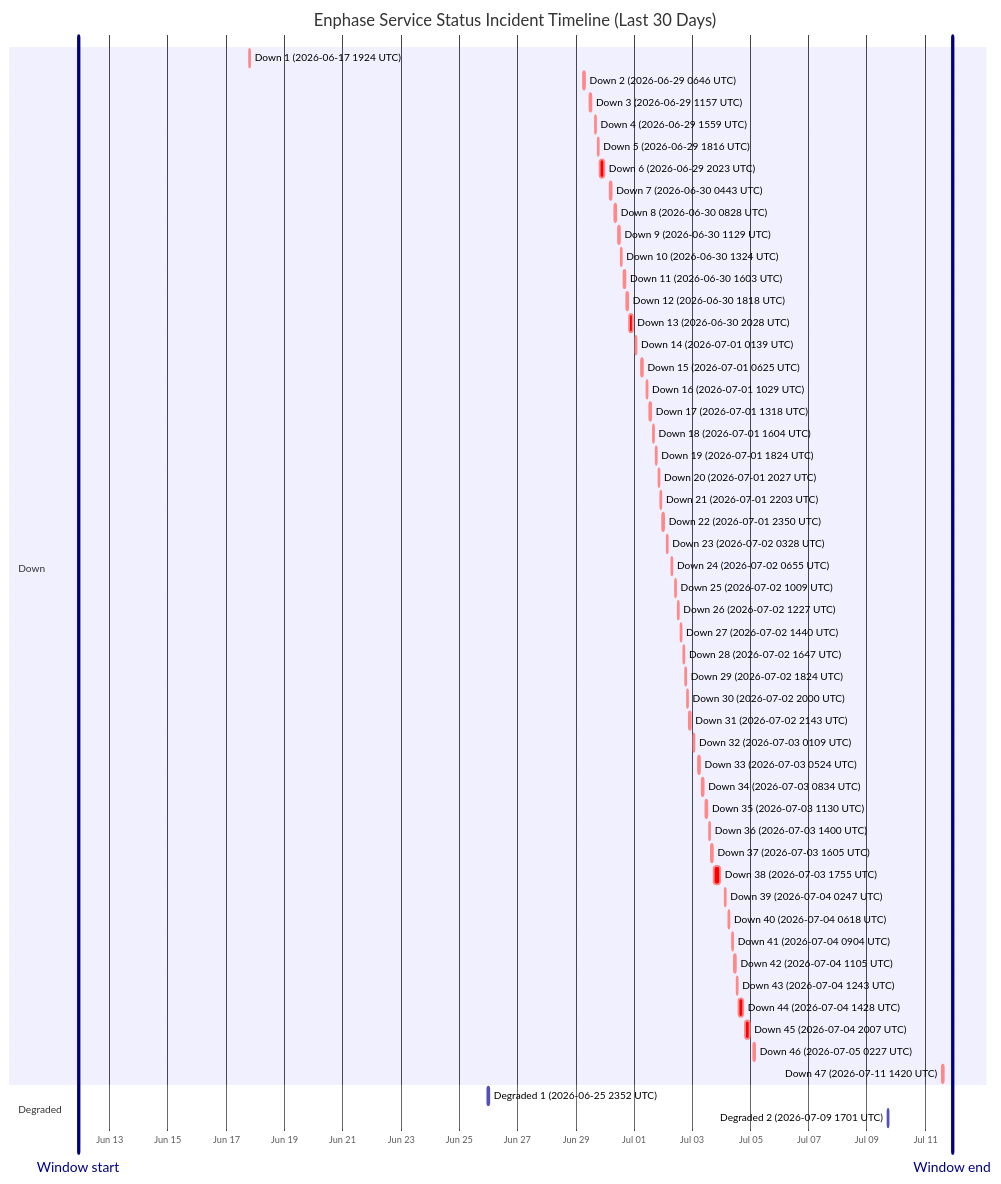
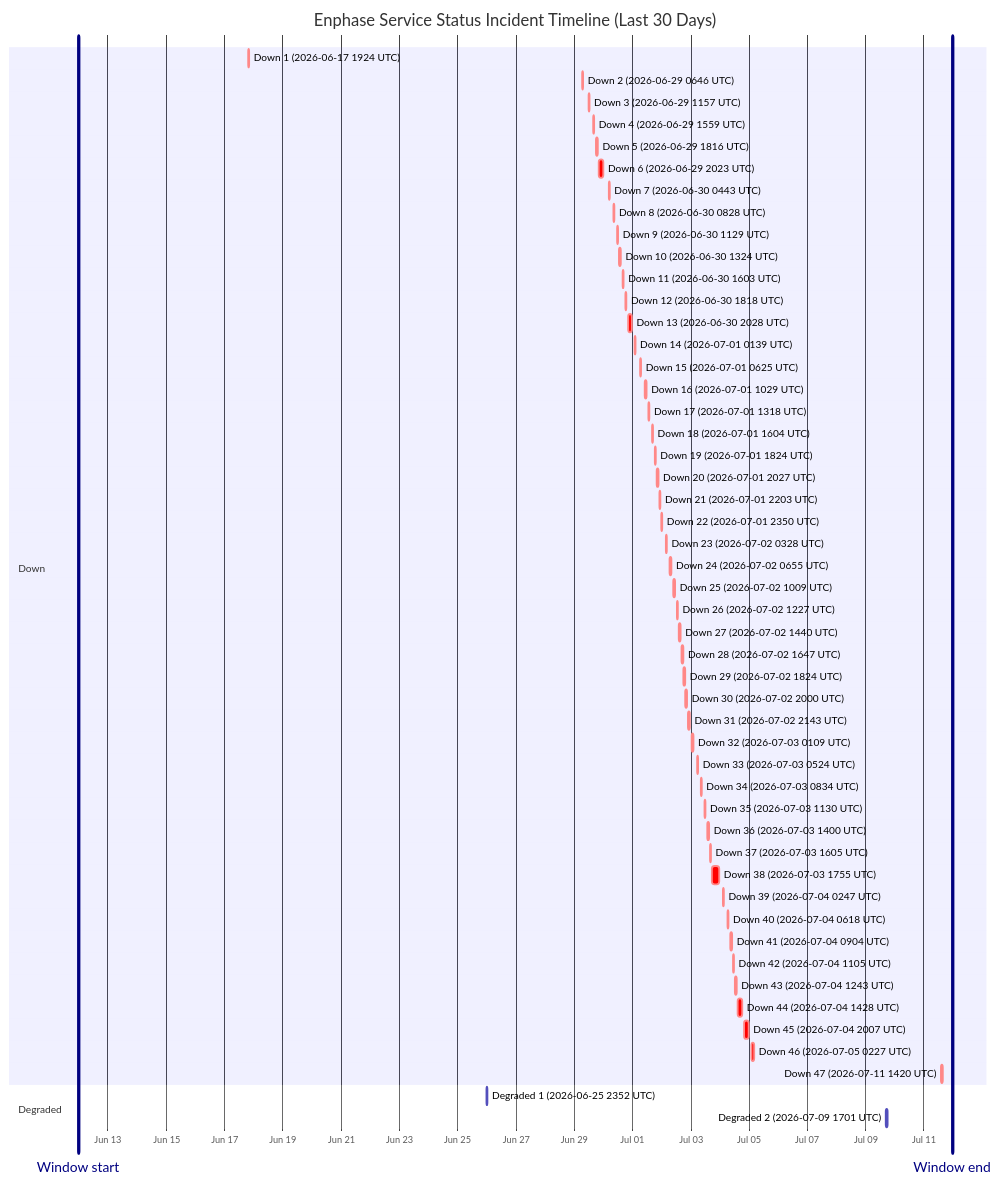
Before and after one commit to barneyonline/ha-enphase-energy: the diagram in wiki/Service-Status-History.md, drawn with Mermaid. The commit also changed other lines of this file and 3 other files, not shown here.

````diff
--- a/wiki/Service-Status-History.md
+++ b/wiki/Service-Status-History.md
@@ -14,59 +14,59 @@
 ```mermaid
 gantt
     title Enphase Service Status Incident Timeline (Last 30 Days)
     dateFormat  YYYY-MM-DDTHH:mm:ss
     axisFormat  %b %d
-    Window start :vert, window-start, 2026-06-11T22:20:55, 0ms
-    Window end :vert, window-end, 2026-07-11T22:20:55, 0ms
+    Window start :vert, window-start, 2026-06-11T23:25:55, 0ms
+    Window end :vert, window-end, 2026-07-11T23:25:55, 0ms
     section Down
     Down 1 (2026-06-17 1924 UTC) :crit, down-1, 2026-06-17T19:24:51, 60m
     Down 2 (2026-06-29 0646 UTC) :crit, down-2, 2026-06-29T06:46:18, 60m
     Down 3 (2026-06-29 1157 UTC) :crit, down-3, 2026-06-29T11:57:36, 60m
     Down 4 (2026-06-29 1559 UTC) :crit, down-4, 2026-06-29T15:59:02, 60m
     Down 5 (2026-06-29 1816 UTC) :crit, down-5, 2026-06-29T18:16:38, 60m
     Down 6 (2026-06-29 2023 UTC) :crit, down-6, 2026-06-29T20:23:16, 220m
     Down 7 (2026-06-30 0443 UTC) :crit, down-7, 2026-06-30T04:43:54, 60m
     Down 8 (2026-06-30 0828 UTC) :crit, down-8, 2026-06-30T08:28:43, 60m
     Down 9 (2026-06-30 1129 UTC) :crit, down-9, 2026-06-30T11:29:15, 60m
     Down 10 (2026-06-30 1324 UTC) :crit, down-10, 2026-06-30T13:24:25, 60m
     Down 11 (2026-06-30 1603 UTC) :crit, down-11, 2026-06-30T16:03:26, 60m
     Down 12 (2026-06-30 1818 UTC) :crit, down-12, 2026-06-30T18:18:39, 60m
     Down 13 (2026-06-30 2028 UTC) :crit, down-13, 2026-06-30T20:28:54, 171m
     Down 14 (2026-07-01 0139 UTC) :crit, down-14, 2026-07-01T01:39:18, 60m
     Down 15 (2026-07-01 0625 UTC) :crit, down-15, 2026-07-01T06:25:35, 60m
     Down 16 (2026-07-01 1029 UTC) :crit, down-16, 2026-07-01T10:29:24, 60m
     Down 17 (2026-07-01 1318 UTC) :crit, down-17, 2026-07-01T13:18:31, 60m
     Down 18 (2026-07-01 1604 UTC) :crit, down-18, 2026-07-01T16:04:29, 60m
     Down 19 (2026-07-01 1824 UTC) :crit, down-19, 2026-07-01T18:24:21, 60m
     Down 20 (2026-07-01 2027 UTC) :crit, down-20, 2026-07-01T20:27:17, 60m
     Down 21 (2026-07-01 2203 UTC) :crit, down-21, 2026-07-01T22:03:46, 60m
     Down 22 (2026-07-01 2350 UTC) :crit, down-22, 2026-07-01T23:50:52, 60m
     Down 23 (2026-07-02 0328 UTC) :crit, down-23, 2026-07-02T03:28:33, 60m
     Down 24 (2026-07-02 0655 UTC) :crit, down-24, 2026-07-02T06:55:07, 60m
     Down 25 (2026-07-02 1009 UTC) :crit, down-25, 2026-07-02T10:09:15, 60m
     Down 26 (2026-07-02 1227 UTC) :crit, down-26, 2026-07-02T12:27:49, 60m
     Down 27 (2026-07-02 1440 UTC) :crit, down-27, 2026-07-02T14:40:53, 60m
     Down 28 (2026-07-02 1647 UTC) :crit, down-28, 2026-07-02T16:47:47, 60m
     Down 29 (2026-07-02 1824 UTC) :crit, down-29, 2026-07-02T18:24:26, 60m
     Down 30 (2026-07-02 2000 UTC) :crit, down-30, 2026-07-02T20:00:57, 60m
     Down 31 (2026-07-02 2143 UTC) :crit, down-31, 2026-07-02T21:43:52, 80m
     Down 32 (2026-07-03 0109 UTC) :crit, down-32, 2026-07-03T01:09:19, 60m
     Down 33 (2026-07-03 0524 UTC) :crit, down-33, 2026-07-03T05:24:23, 60m
     Down 34 (2026-07-03 0834 UTC) :crit, down-34, 2026-07-03T08:34:05, 60m
     Down 35 (2026-07-03 1130 UTC) :crit, down-35, 2026-07-03T11:30:41, 60m
     Down 36 (2026-07-03 1400 UTC) :crit, down-36, 2026-07-03T14:00:48, 60m
     Down 37 (2026-07-03 1605 UTC) :crit, down-37, 2026-07-03T16:05:49, 60m
     Down 38 (2026-07-03 1755 UTC) :crit, down-38, 2026-07-03T17:55:54, 338m
     Down 39 (2026-07-04 0247 UTC) :crit, down-39, 2026-07-04T02:47:22, 60m
     Down 40 (2026-07-04 0618 UTC) :crit, down-40, 2026-07-04T06:18:09, 60m
     Down 41 (2026-07-04 0904 UTC) :crit, down-41, 2026-07-04T09:04:41, 60m
     Down 42 (2026-07-04 1105 UTC) :crit, down-42, 2026-07-04T11:05:21, 60m
     Down 43 (2026-07-04 1243 UTC) :crit, down-43, 2026-07-04T12:43:25, 60m
     Down 44 (2026-07-04 1428 UTC) :crit, down-44, 2026-07-04T14:28:07, 243m
     Down 45 (2026-07-04 2007 UTC) :crit, down-45, 2026-07-04T20:07:50, 206m
     Down 46 (2026-07-05 0227 UTC) :crit, down-46, 2026-07-05T02:27:32, 109m
     Down 47 (2026-07-11 1420 UTC) :crit, down-47, 2026-07-11T14:20:54, 69m
     section Degraded
     Degraded 1 (2026-06-25 2352 UTC) :active, degraded-1, 2026-06-25T23:52:01, 60m
     Degraded 2 (2026-07-09 1701 UTC) :active, degraded-2, 2026-07-09T17:01:02, 60m
 ```
````
